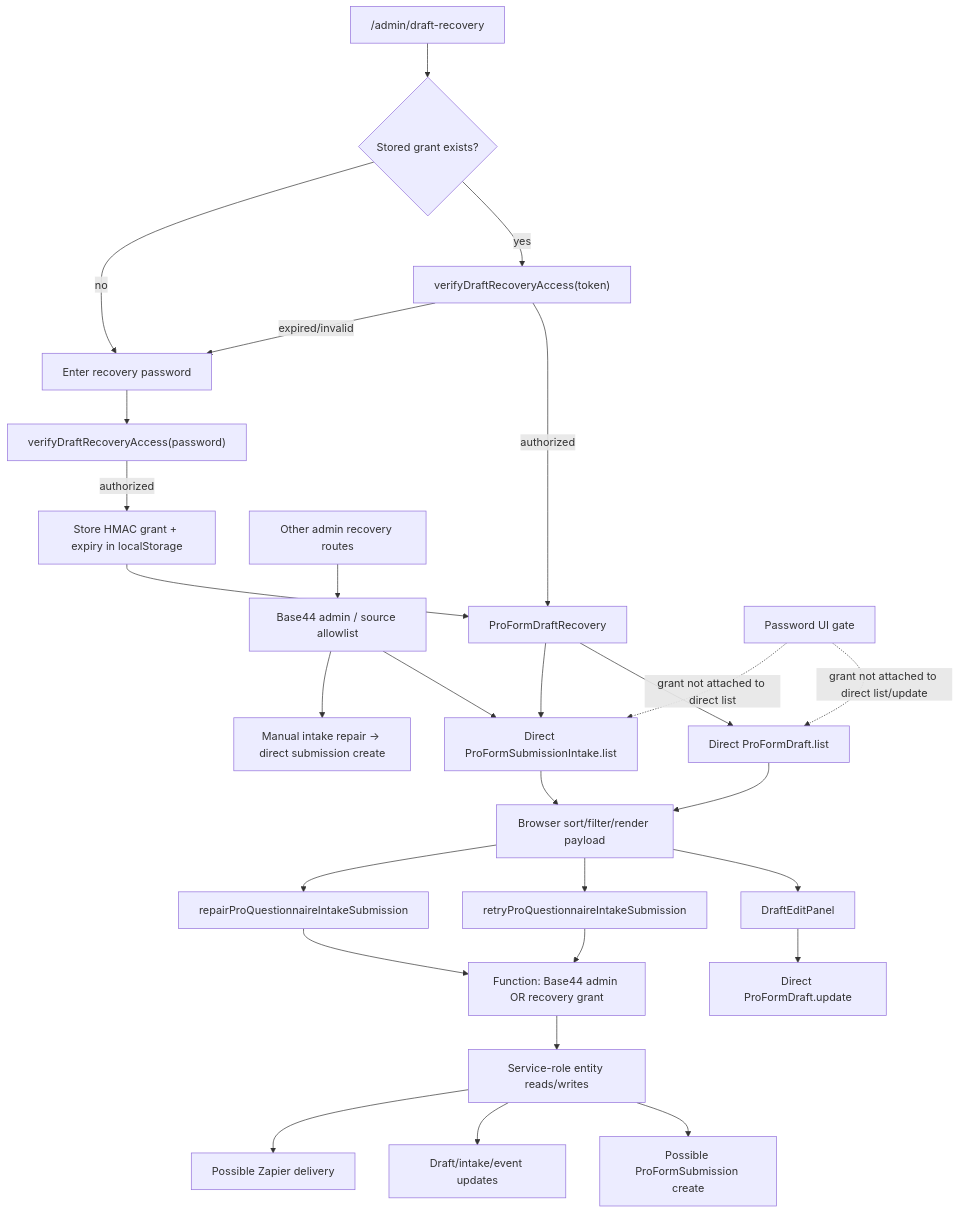
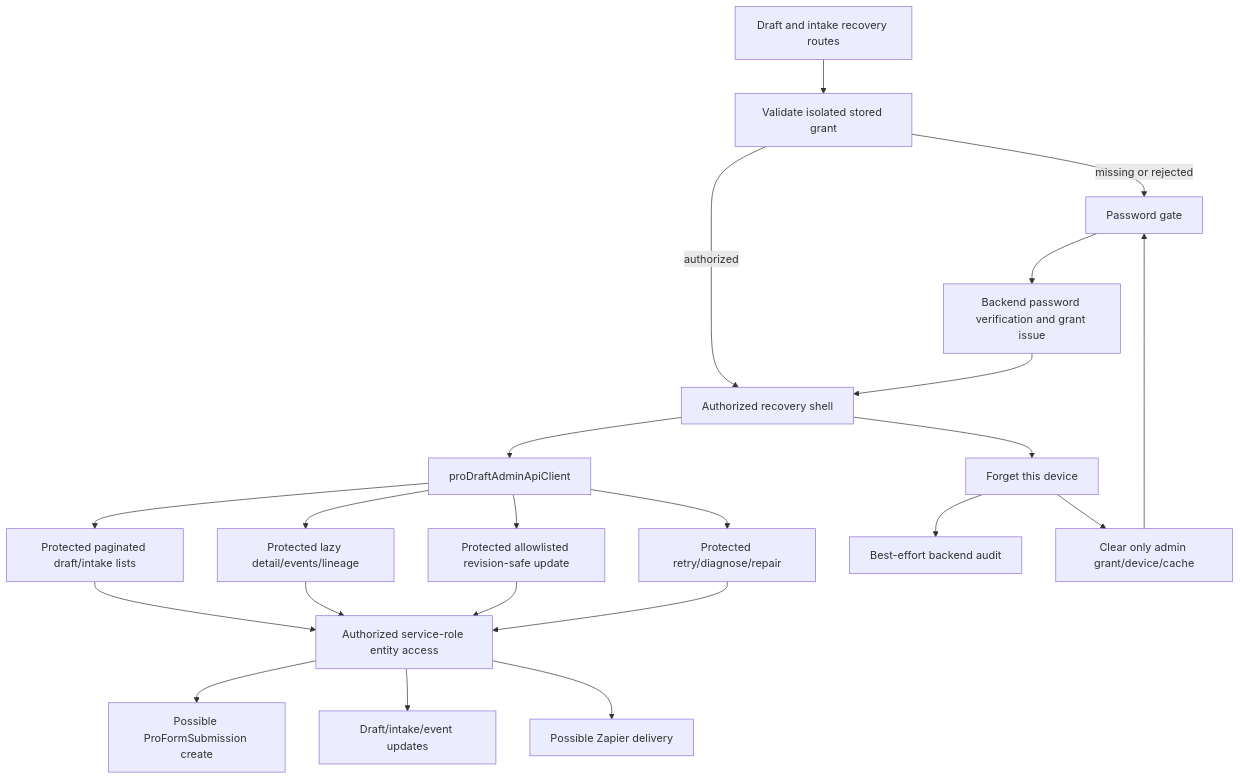
One commit to themarketingteam/pro-website-questionnaire changed the fifth of 6 diagrams in docs/durable-draft-recovery/audit/current-data-flow-diagrams.md. Above: the diagram before and after it, drawn with Mermaid. The commit also changed other lines of this file and 33 other files, not shown here.

Commit message:
feat: migrate draft recovery admin UI to backend APIs

````diff
--- a/docs/durable-draft-recovery/audit/current-data-flow-diagrams.md
+++ b/docs/durable-draft-recovery/audit/current-data-flow-diagrams.md
@@ -146,34 +146,24 @@
 ```mermaid
 flowchart TD
-    Route["/admin/draft-recovery"] --> SavedGrant{"Stored grant exists?"}
-    SavedGrant -->|"yes"| VerifyToken["verifyDraftRecoveryAccess(token)"]
-    SavedGrant -->|"no"| Password["Enter recovery password"]
-    Password --> VerifyPassword["verifyDraftRecoveryAccess(password)"]
-    VerifyPassword -->|"authorized"| StoreGrant["Store HMAC grant + expiry in localStorage"]
-    VerifyToken -->|"authorized"| RecoveryUI["ProFormDraftRecovery"]
-    StoreGrant --> RecoveryUI
-    VerifyToken -->|"expired/invalid"| Password
-
-    RecoveryUI --> DraftList["Direct ProFormDraft.list"]
-    RecoveryUI --> IntakeList["Direct ProFormSubmissionIntake.list"]
-    DraftList --> BrowserFilter["Browser sort/filter/render payload"]
-    IntakeList --> BrowserFilter
-    BrowserFilter --> Edit["DraftEditPanel"]
-    Edit --> DirectUpdate["Direct ProFormDraft.update"]
-
-    BrowserFilter --> Retry["retryProQuestionnaireIntakeSubmission"]
-    BrowserFilter --> Repair["repairProQuestionnaireIntakeSubmission"]
-    Retry --> Reauthorize["Function: Base44 admin OR recovery grant"]
-    Repair --> Reauthorize
-    Reauthorize --> ServiceRole["Service-role entity reads/writes"]
+    Routes["Draft and intake recovery routes"] --> Restore["Validate isolated stored grant"]
+    Restore -->|"missing or rejected"| Password["Password gate"]
+    Password --> Issue["Backend password verification and grant issue"]
+    Restore -->|"authorized"| Shell["Authorized recovery shell"]
+    Issue --> Shell
+    Shell --> Client["proDraftAdminApiClient"]
+    Client --> Lists["Protected paginated draft/intake lists"]
+    Client --> Details["Protected lazy detail/events/lineage"]
+    Client --> Update["Protected allowlisted revision-safe update"]
+    Client --> Actions["Protected retry/diagnose/repair"]
+    Lists --> ServiceRole["Authorized service-role entity access"]
+    Details --> ServiceRole
+    Update --> ServiceRole
+    Actions --> ServiceRole
     ServiceRole --> Submission["Possible ProFormSubmission create"]
     ServiceRole --> Lifecycle["Draft/intake/event updates"]
     ServiceRole --> Zapier["Possible Zapier delivery"]
-
-    AdminRoutes["Other admin recovery routes"] --> AdminOnly["Base44 admin / source allowlist"]
-    AdminOnly --> IntakeList
-    AdminOnly --> Manual["Manual intake repair → direct submission create"]
-
-    UIOnly["Password UI gate"] -. "grant not attached to direct list/update" .-> DraftList
-    UIOnly -. "grant not attached to direct list" .-> IntakeList
+    Shell --> Forget["Forget this device"]
+    Forget --> Audit["Best-effort backend audit"]
+    Forget --> Clear["Clear only admin grant/device/cache"]
+    Clear --> Password
 ```
````
